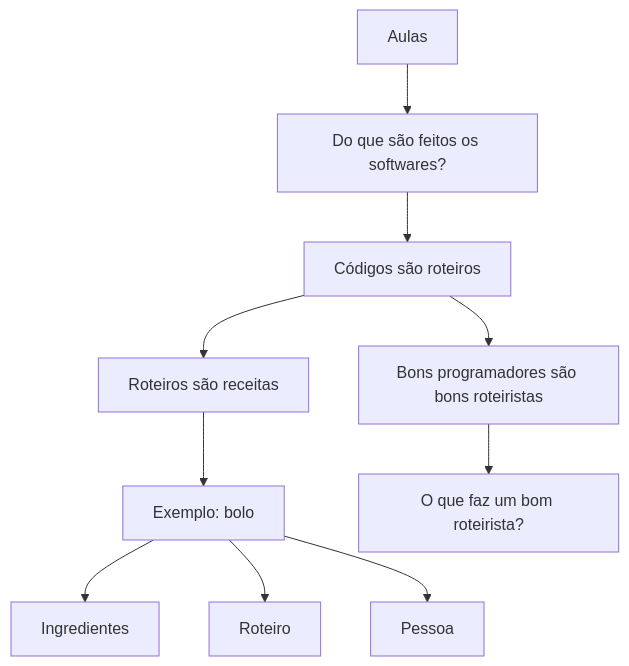
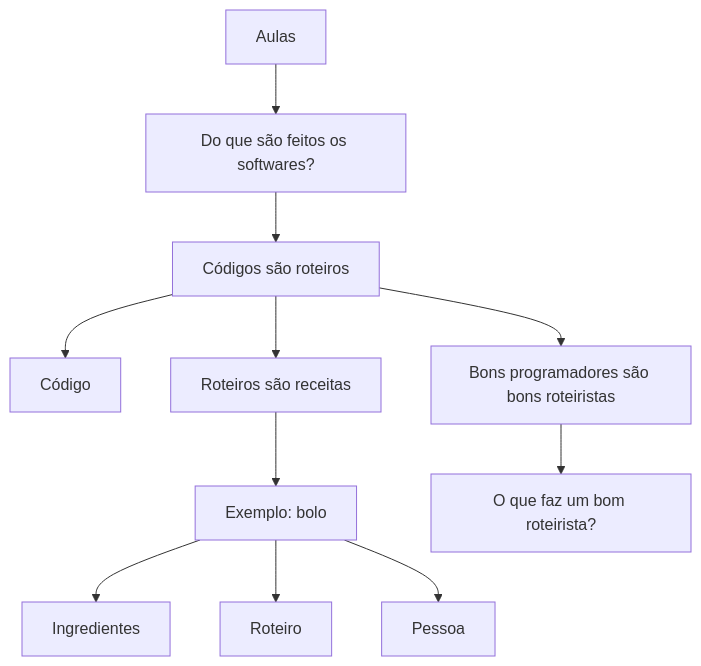
One commit to laerciogermano/workstation changed the diagram in aulas/README.md. Above: the diagram before and after it, drawn with Mermaid. The commit also changed other lines of this file, not shown here.

Commit message:
Adiciona Código como filho de Códigos são roteiros no artigo de aulas.

````diff
--- a/aulas/README.md
+++ b/aulas/README.md
@@ -3,22 +3,24 @@
 ```mermaid
 flowchart TD
   A[Aulas]
   B[Do que são feitos os softwares?]
   C[Códigos são roteiros]
+  CG[Código]
   D[Roteiros são receitas]
   DX[Exemplo: bolo]
   D1[Ingredientes]
   D2[Roteiro]
   D3[Pessoa]
   E[Bons programadores são bons roteiristas]
   F[O que faz um bom roteirista?]
   A --> B
   B --> C
+  C --> CG
   C --> D
   D --> DX
   DX --> D1
   DX --> D2
   DX --> D3
   C --> E
   E --> F
 ```
````
